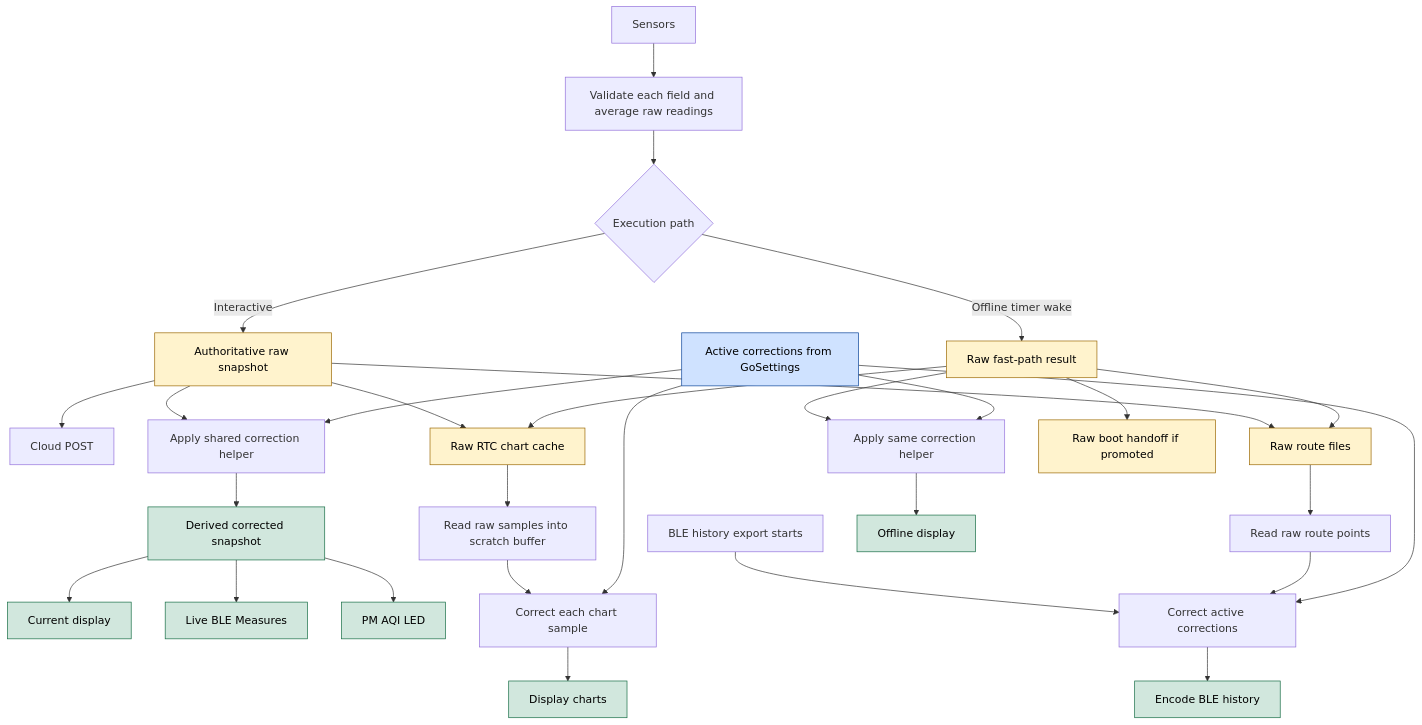
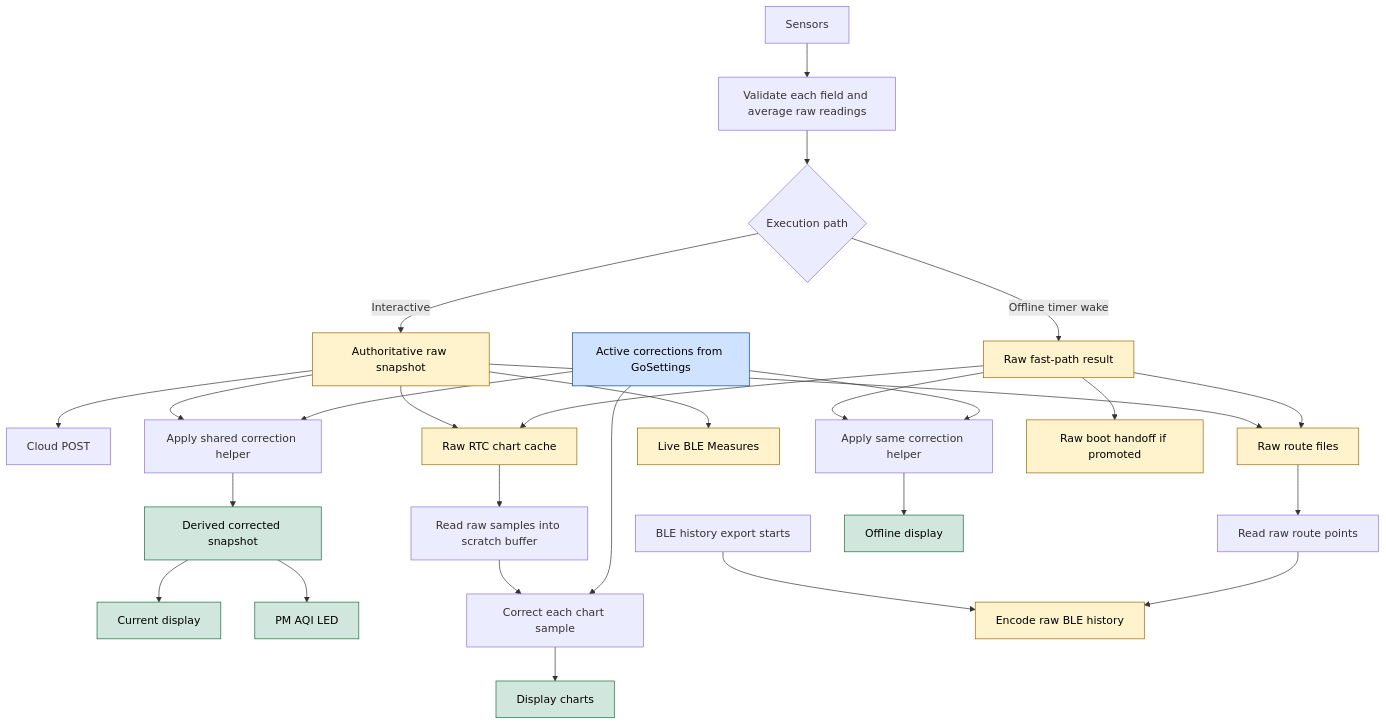
The second of 2 diagrams in products/go/specs/measure_correction.md (mattMRBH/firmware-core), drawn with Mermaid before and after one commit. The commit also changed other lines of this file and 13 other files, not shown here.

Commit message:
fix(go): keep BLE transport raw

````diff
--- a/products/go/specs/measure_correction.md
+++ b/products/go/specs/measure_correction.md
@@ -449,43 +450,41 @@
 ```mermaid
 flowchart TD
     Settings[Active corrections from GoSettings]
     Sensors[Sensors] --> Average[Validate each field and average raw readings]
     Average --> Mode{Execution path}
 
     Mode -->|Interactive| Raw[Authoritative raw snapshot]
     Raw --> CloudPost[Cloud POST]
     Raw --> Cache[Raw RTC chart cache]
     Raw --> Route[Raw route files]
     Raw --> LiveApply[Apply shared correction helper]
+    Raw --> LiveBle[Live BLE Measures]
     Settings --> LiveApply
     LiveApply --> Corrected[Derived corrected snapshot]
     Corrected --> CurrentDisplay[Current display]
-    Corrected --> LiveBle[Live BLE Measures]
     Corrected --> AqiLed[PM AQI LED]
 
     Cache --> ChartRead[Read raw samples into scratch buffer]
     ChartRead --> ChartApply[Correct each chart sample]
     Settings --> ChartApply
     ChartApply --> Charts[Display charts]
 
     Route --> HistoryRead[Read raw route points]
-    HistoryStart[BLE history export starts] --> HistoryApply[Correct active corrections]
-    HistoryRead --> HistoryApply
-    Settings --> HistoryApply
-    HistoryApply --> HistoryEncode[Encode BLE history]
+    HistoryStart[BLE history export starts] --> HistoryEncode[Encode raw BLE history]
+    HistoryRead --> HistoryEncode
 
     Mode -->|Offline timer wake| FastRaw[Raw fast-path result]
     FastRaw --> Cache
     FastRaw --> Route
     FastRaw --> FastApply[Apply same correction helper]
     Settings --> FastApply
     FastApply --> OfflineDisplay[Offline display]
     FastRaw --> Handoff[Raw boot handoff if promoted]
 
     classDef raw fill:#fff3cd,stroke:#9a6700,color:#000;
     classDef corrected fill:#d1e7dd,stroke:#146c43,color:#000;
     classDef config fill:#cfe2ff,stroke:#084298,color:#000;
-    class Raw,Cache,Route,FastRaw,Handoff raw;
-    class Corrected,CurrentDisplay,LiveBle,AqiLed,Charts,HistoryEncode,OfflineDisplay corrected;
+    class Raw,Cache,Route,FastRaw,Handoff,LiveBle,HistoryEncode raw;
+    class Corrected,CurrentDisplay,AqiLed,Charts,OfflineDisplay corrected;
     class Settings config;
 ```
````
